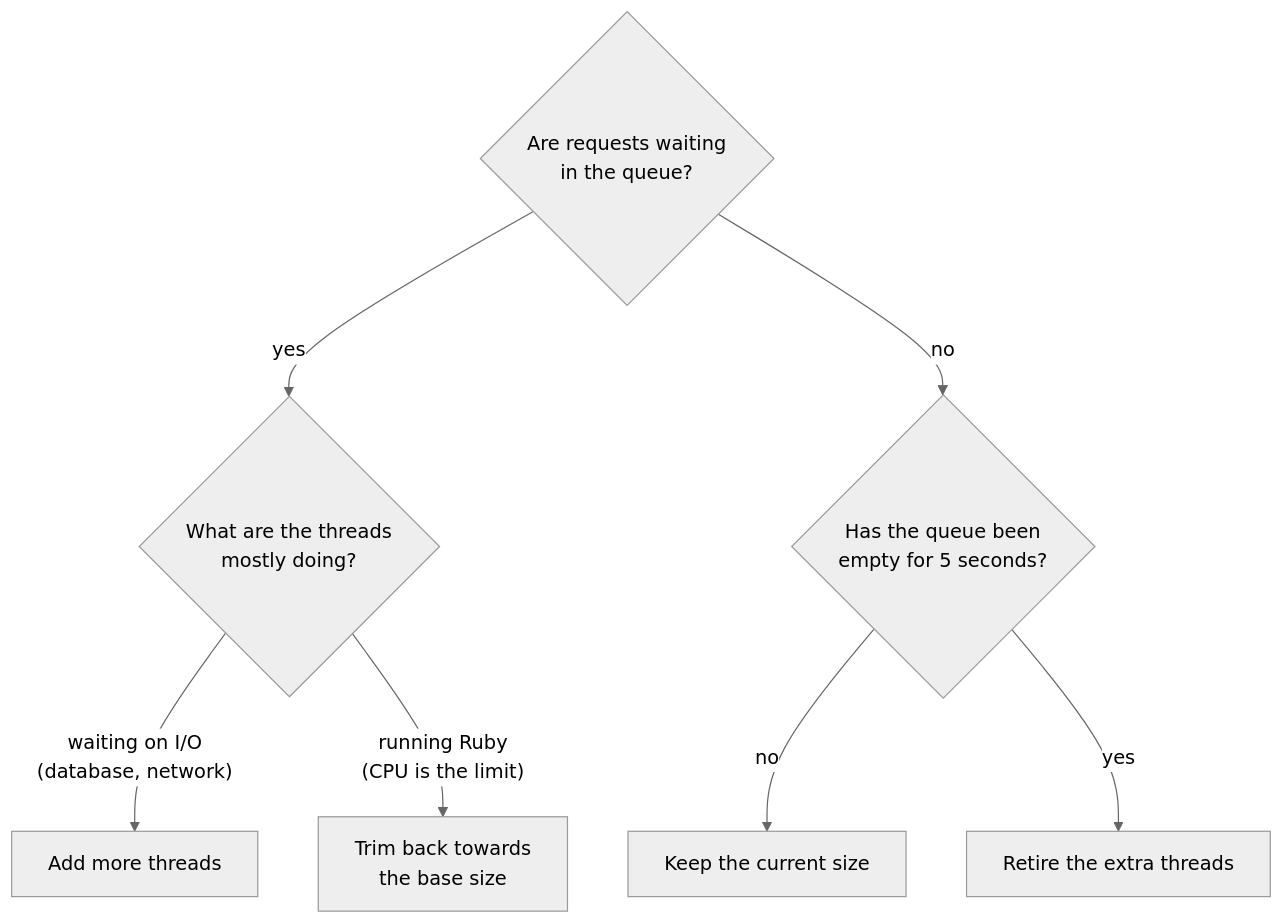
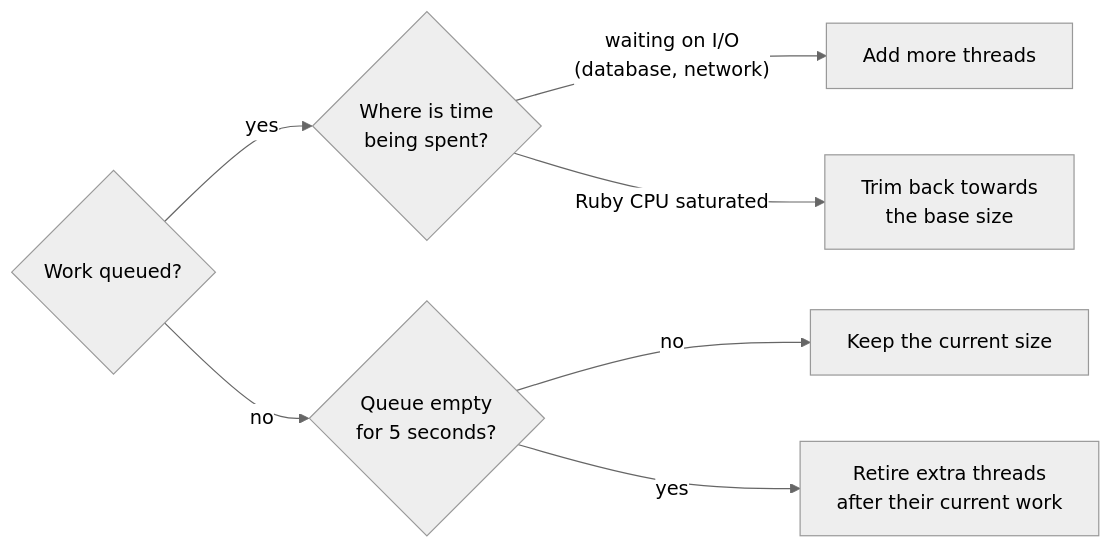
Before and after one commit to joshuay03/raptor: the ninth of 18 diagrams in docs/talk.md, drawn with Mermaid (neutral theme). The commit also changed other lines of this file and 3 other files, not shown here.

````diff
--- a/docs/talk.md
+++ b/docs/talk.md
@@ -595,10 +603,10 @@
 ```mermaid
-flowchart TB
-    Q{"Are requests waiting<br/>in the queue?"}
-    Q -->|"yes"| W{"What are the threads<br/>mostly doing?"}
-    Q -->|"no"| I{"Has the queue been<br/>empty for 5 seconds?"}
+flowchart LR
+    Q{"Work queued?"}
+    Q -->|"yes"| W{"Where is time<br/>being spent?"}
+    Q -->|"no"| I{"Queue empty<br/>for 5 seconds?"}
     W -->|"waiting on I/O<br/>(database, network)"| Add["Add more threads"]
-    W -->|"running Ruby<br/>(CPU is the limit)"| Trim["Trim back towards<br/>the base size"]
+    W -->|"Ruby CPU saturated"| Trim["Trim back towards<br/>the base size"]
     I -->|"no"| Stay["Keep the current size"]
-    I -->|"yes"| Retire["Retire the extra threads"]
+    I -->|"yes"| Retire["Retire extra threads<br/>after their current work"]
 ```
````
